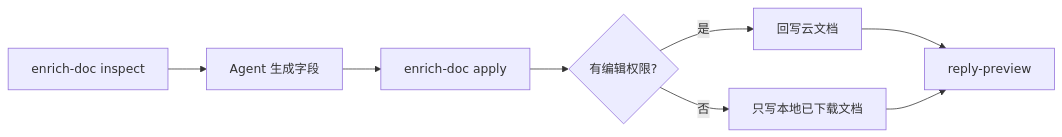
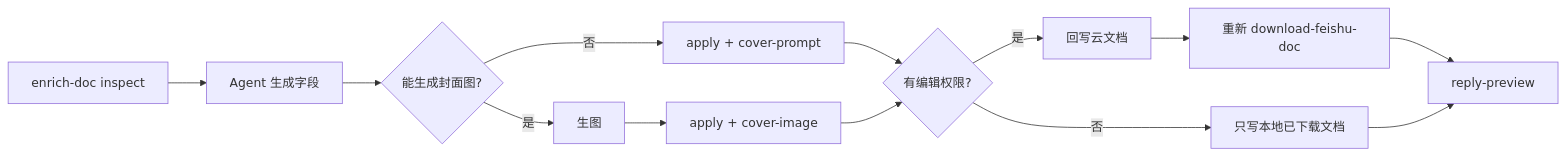
The diagram in skills/enrich-doc/SKILL.md (dinghongfei/xiaoqi), drawn with Mermaid before and after one commit. The commit also changed other lines of this file and 11 other files, not shown here.

First line of the commit message:
feat: enrich-doc cover image under 图片 heading and cloud-only metadata checks

````diff
--- a/skills/enrich-doc/SKILL.md
+++ b/skills/enrich-doc/SKILL.md
@@ -34,10 +34,15 @@
 ```mermaid
 flowchart LR
   inspect[enrich-doc inspect] --> gen[Agent 生成字段]
-  gen --> apply[enrich-doc apply]
-  apply --> perm{有编辑权限?}
+  gen --> img{能生成封面图?}
+  img -->|是| genimg[生图]
+  img -->|否| applyPrompt[apply + cover-prompt]
+  genimg --> applyImg[apply + cover-image]
+  applyPrompt --> perm{有编辑权限?}
+  applyImg --> perm
   perm -->|是| cloud[回写云文档]
   perm -->|否| local[只写本地已下载文档]
-  cloud --> rp[reply-preview]
+  cloud --> redl[重新 download-feishu-doc]
+  redl --> rp[reply-preview]
   local --> rp
 ```
````
